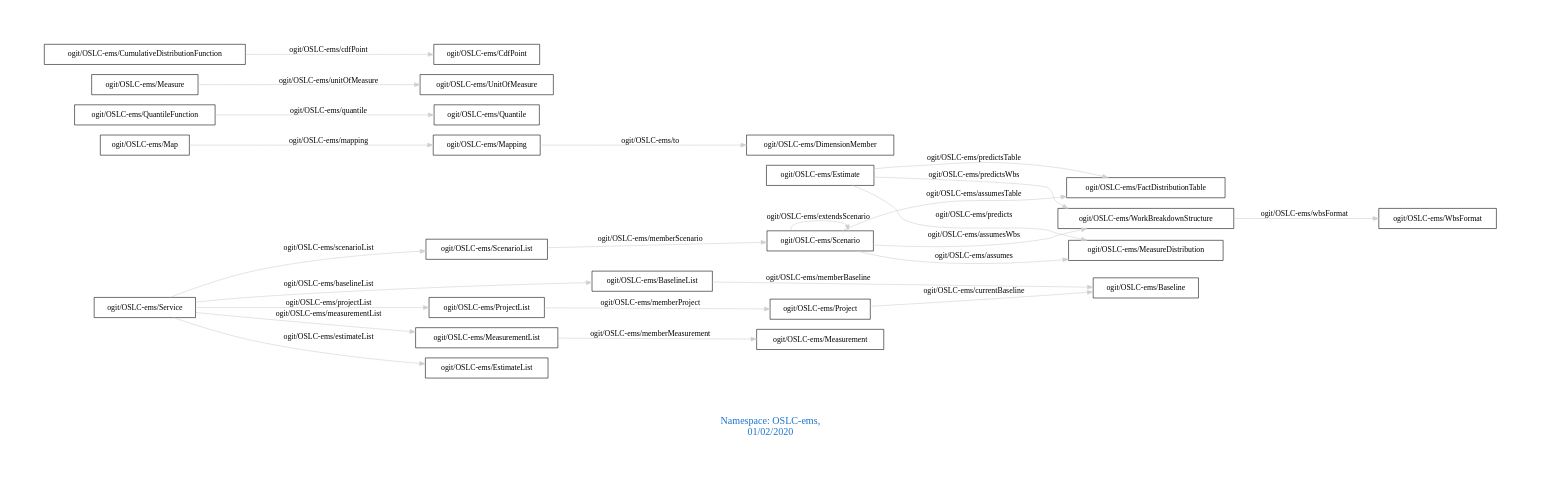
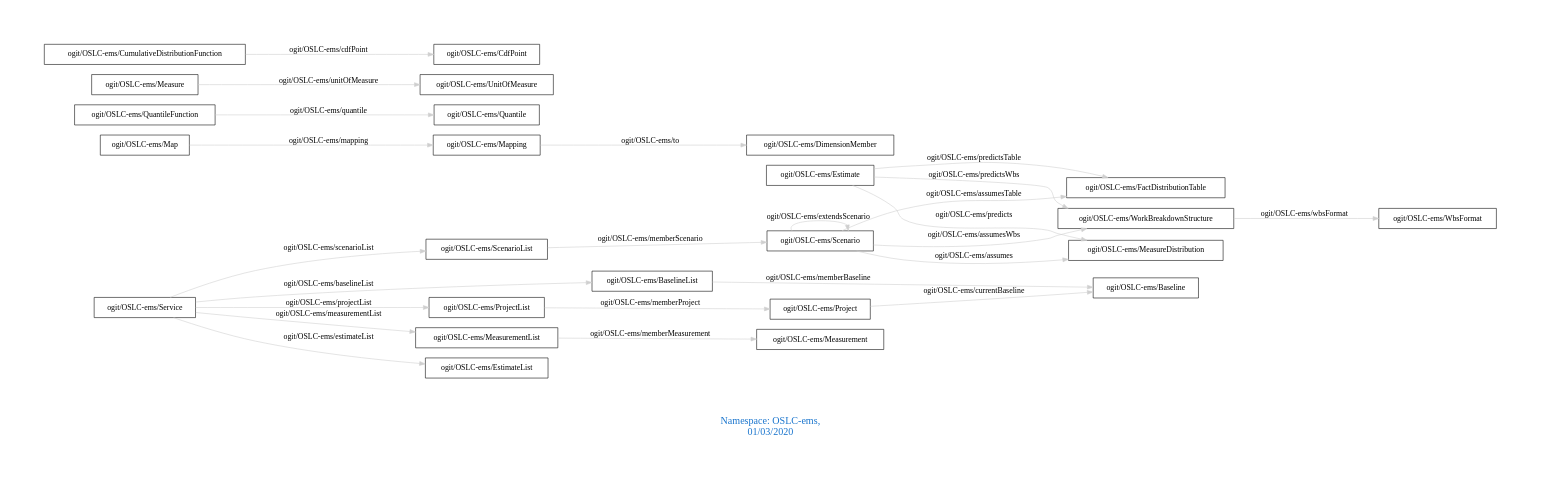
One commit to arago/OGIT changed the diagram in downloads/OSLC-ems.dot. Above: the diagram before and after it, drawn with Graphviz. The commit also changed 1654 other files, not shown here.

```diff
--- a/downloads/OSLC-ems.dot
+++ b/downloads/OSLC-ems.dot
@@ -1,31 +1,31 @@
 digraph OGIT_ontology {
  graph [ rankdir= LR,pad=1 
 fontsize = 18,
-fontcolor= dodgerblue3,label = "\n\n\nNamespace: OSLC-ems, \n 01/02/2020"];
+fontcolor= dodgerblue3,label = "\n\n\nNamespace: OSLC-ems, \n 01/03/2020"];
 node[shape=polygon];
 edge [  color="gray81"];
 
    "ogit/OSLC-ems/Estimate" -> "ogit/OSLC-ems/MeasureDistribution" [label="   ogit/OSLC-ems/predicts    "];
    "ogit/OSLC-ems/Mapping" -> "ogit/OSLC-ems/DimensionMember" [label="   ogit/OSLC-ems/to    "];
    "ogit/OSLC-ems/Service" -> "ogit/OSLC-ems/ProjectList" [label="   ogit/OSLC-ems/projectList    "];
    "ogit/OSLC-ems/QuantileFunction" -> "ogit/OSLC-ems/Quantile" [label="   ogit/OSLC-ems/quantile    "];
    "ogit/OSLC-ems/Service" -> "ogit/OSLC-ems/ScenarioList" [label="   ogit/OSLC-ems/scenarioList    "];
    "ogit/OSLC-ems/Measure" -> "ogit/OSLC-ems/UnitOfMeasure" [label="   ogit/OSLC-ems/unitOfMeasure    "];
    "ogit/OSLC-ems/ScenarioList" -> "ogit/OSLC-ems/Scenario" [label="   ogit/OSLC-ems/memberScenario    "];
    "ogit/OSLC-ems/Estimate" -> "ogit/OSLC-ems/FactDistributionTable" [label="   ogit/OSLC-ems/predictsTable    "];
    "ogit/OSLC-ems/BaselineList" -> "ogit/OSLC-ems/Baseline" [label="   ogit/OSLC-ems/memberBaseline    "];
    "ogit/OSLC-ems/Scenario" -> "ogit/OSLC-ems/WorkBreakdownStructure" [label="   ogit/OSLC-ems/assumesWbs    "];
    "ogit/OSLC-ems/CumulativeDistributionFunction" -> "ogit/OSLC-ems/CdfPoint" [label="   ogit/OSLC-ems/cdfPoint    "];
    "ogit/OSLC-ems/Project" -> "ogit/OSLC-ems/Baseline" [label="   ogit/OSLC-ems/currentBaseline    "];
    "ogit/OSLC-ems/ProjectList" -> "ogit/OSLC-ems/Project" [label="   ogit/OSLC-ems/memberProject    "];
    "ogit/OSLC-ems/Service" -> "ogit/OSLC-ems/BaselineList" [label="   ogit/OSLC-ems/baselineList    "];
    "ogit/OSLC-ems/Estimate" -> "ogit/OSLC-ems/WorkBreakdownStructure" [label="   ogit/OSLC-ems/predictsWbs    "];
    "ogit/OSLC-ems/Map" -> "ogit/OSLC-ems/Mapping" [label="   ogit/OSLC-ems/mapping    "];
    "ogit/OSLC-ems/MeasurementList" -> "ogit/OSLC-ems/Measurement" [label="   ogit/OSLC-ems/memberMeasurement    "];
    "ogit/OSLC-ems/Service" -> "ogit/OSLC-ems/MeasurementList" [label="   ogit/OSLC-ems/measurementList    "];
    "ogit/OSLC-ems/WorkBreakdownStructure" -> "ogit/OSLC-ems/WbsFormat" [label="   ogit/OSLC-ems/wbsFormat    "];
    "ogit/OSLC-ems/Service" -> "ogit/OSLC-ems/EstimateList" [label="   ogit/OSLC-ems/estimateList    "];
    "ogit/OSLC-ems/Scenario" -> "ogit/OSLC-ems/MeasureDistribution" [label="   ogit/OSLC-ems/assumes    "];
    "ogit/OSLC-ems/Scenario" -> "ogit/OSLC-ems/FactDistributionTable" [label="   ogit/OSLC-ems/assumesTable    "];
    "ogit/OSLC-ems/Scenario" -> "ogit/OSLC-ems/Scenario" [label="   ogit/OSLC-ems/extendsScenario    "];
 }
```
